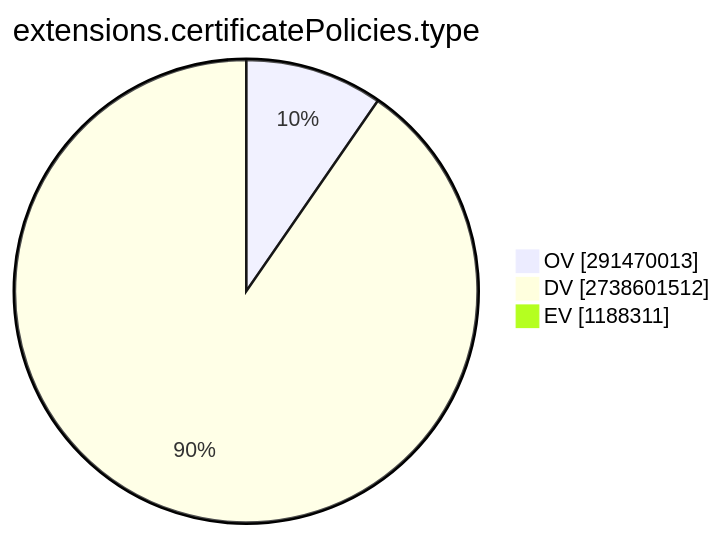
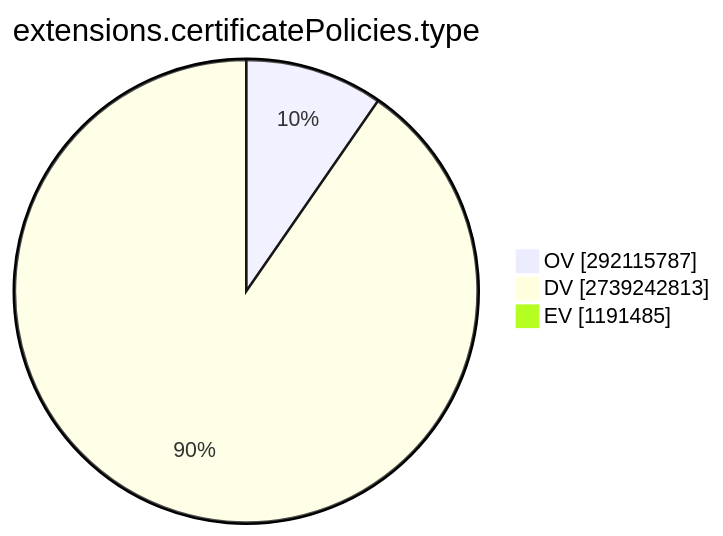
One commit to christiankrug/ctmonitor_visualization changed the ninth of 15 diagrams in TOTAL/README.md. Above: the diagram before and after it, drawn with Mermaid. The commit also changed other lines of this file, not shown here.

````diff
--- a/TOTAL/README.md
+++ b/TOTAL/README.md
@@ -3093,7 +3093,7 @@
 ```mermaid
 pie showData
 title extensions.certificatePolicies.type
-"OV" :291470013
-"DV" :2738601512
-"EV" :1188311
+"OV" :292115787
+"DV" :2739242813
+"EV" :1191485
 ```
````
